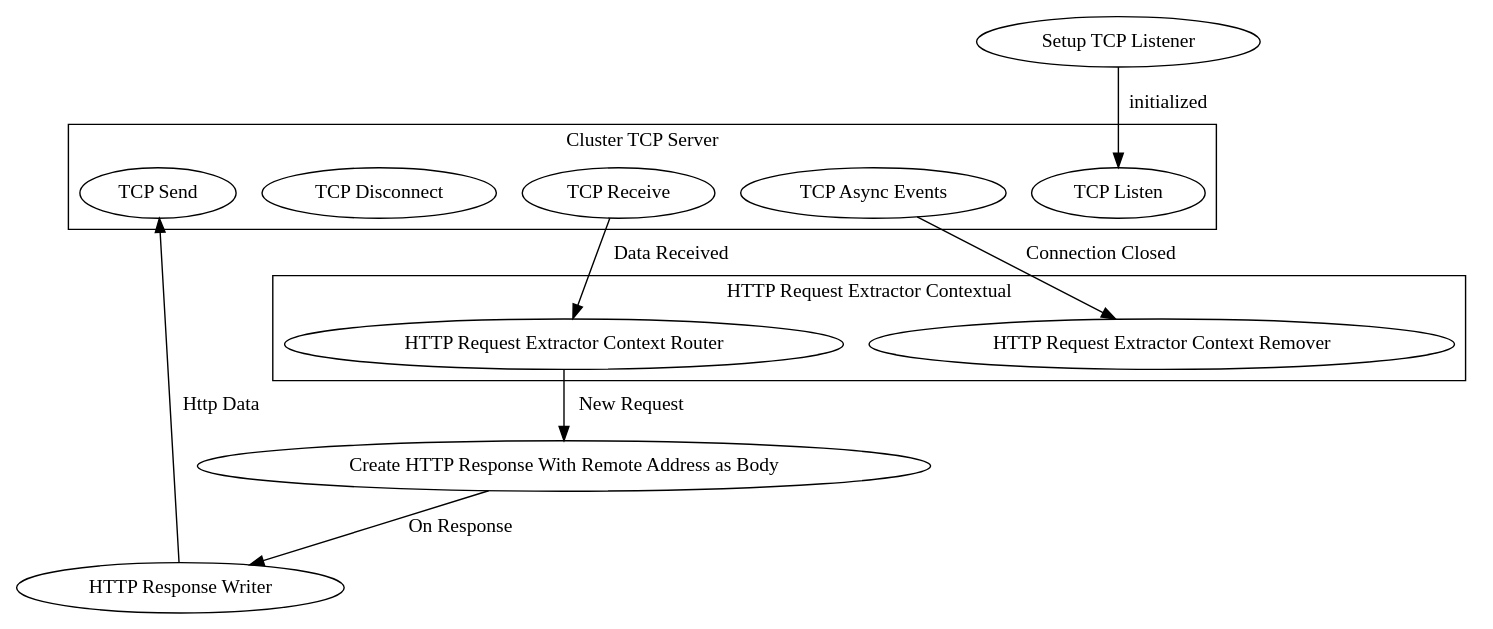
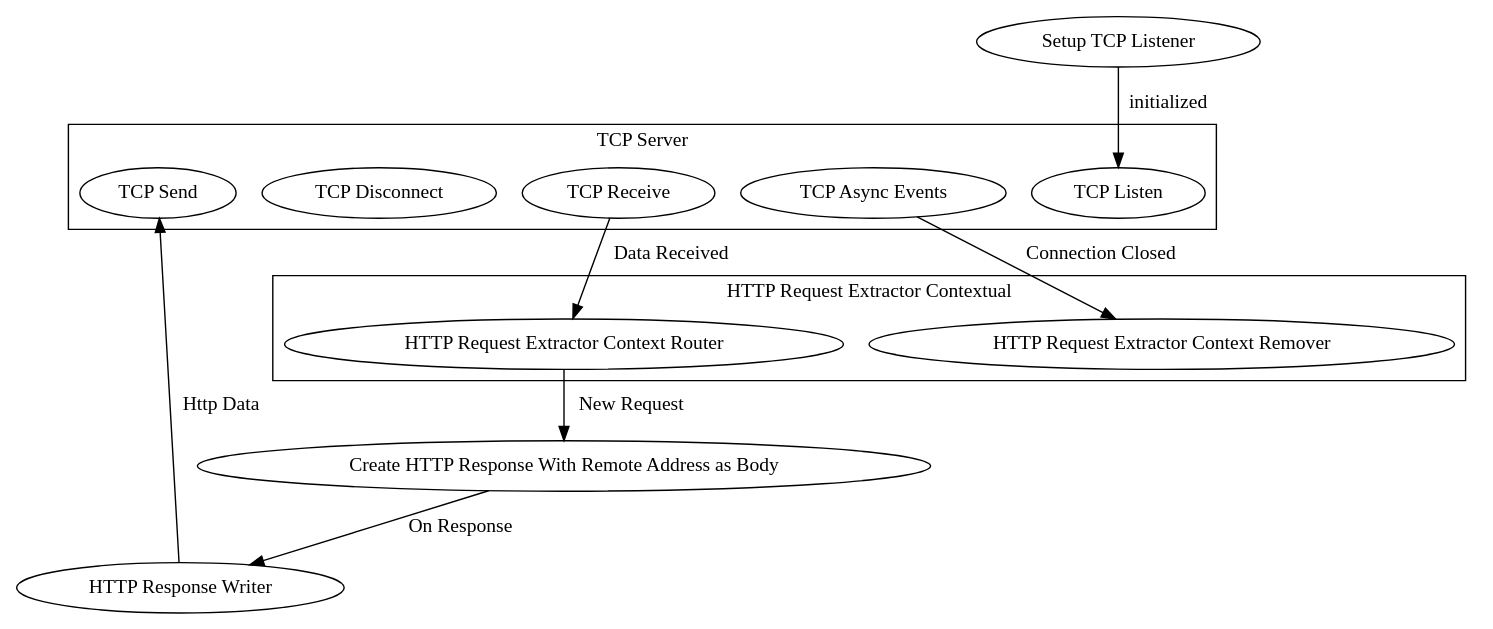
Before and after one commit to vdodev/maplang: the diagram in ip-echo-demo/ip-echo-architecture.dot, drawn with Graphviz. The commit also changed 3 other files, not shown here.

Commit message:
Add basic architecture and implementation docs.

```diff
--- a/ip-echo-demo/ip-echo-architecture.dot
+++ b/ip-echo-demo/ip-echo-architecture.dot
@@ -1,33 +1,33 @@
 strict digraph "IP Echo" {
   compound=true
 
   "Setup TCP Listener" [instance="Setup TCP Listener Instance", allowOutgoing=true]
   "Create HTTP Response With Remote Address as Body" [instance="Create HTTP Response Instance", allowIncoming=true, allowOutgoing=true]
   "HTTP Response Writer" [instance="HTTP Response Writer Instance", allowIncoming=true, allowOutgoing=true]
 
   subgraph "Cluster TCP Server" {
     instance="TCP Server Instance"
-    label="Cluster TCP Server"
+    label="TCP Server"
 
     "TCP Listen"       [instance="TCP Listen Instance",       allowIncoming=true, allowOutgoing=true]
     "TCP Send"         [instance="TCP Send Instance",         allowIncoming=true]
     "TCP Receive"      [instance="TCP Receive Instance",                          allowOutgoing=true]
     "TCP Disconnect"   [instance="TCP Disconnect Instance",   allowIncoming=true, allowOutgoing=true]
     "TCP Async Events" [instance="TCP Async Events Instance",                     allowOutgoing=true]
   }
 
   subgraph "Cluster HTTP Request Extractor" {
     instance="HTTP Request Extractor Instance"
     label="HTTP Request Extractor Contextual"
 
     "HTTP Request Extractor Context Router"  [instance="HTTP Request Extractor Context Router Instance",  allowIncoming=true, allowOutgoing=true]
     "HTTP Request Extractor Context Remover" [instance="HTTP Request Extractor Context Remover Instance", allowIncoming=true]
   }
 
   "Setup TCP Listener" -> "TCP Listen" [label="initialized"]
   "TCP Receive" -> "HTTP Request Extractor Context Router" [label="Data Received"]
   "HTTP Request Extractor Context Router" -> "Create HTTP Response With Remote Address as Body" [label="New Request"]
   "Create HTTP Response With Remote Address as Body" -> "HTTP Response Writer" [label="On Response"]
   "HTTP Response Writer" -> "TCP Send" [label="Http Data"]
   "TCP Async Events" -> "HTTP Request Extractor Context Remover" [label="Connection Closed"]
 }
```
